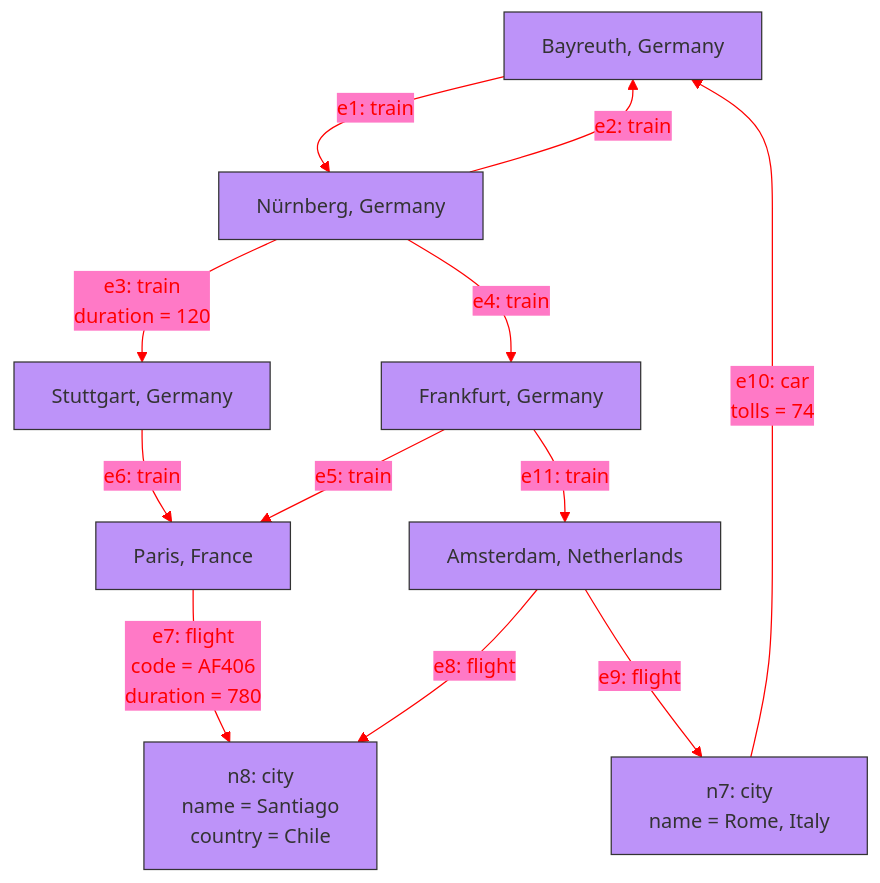
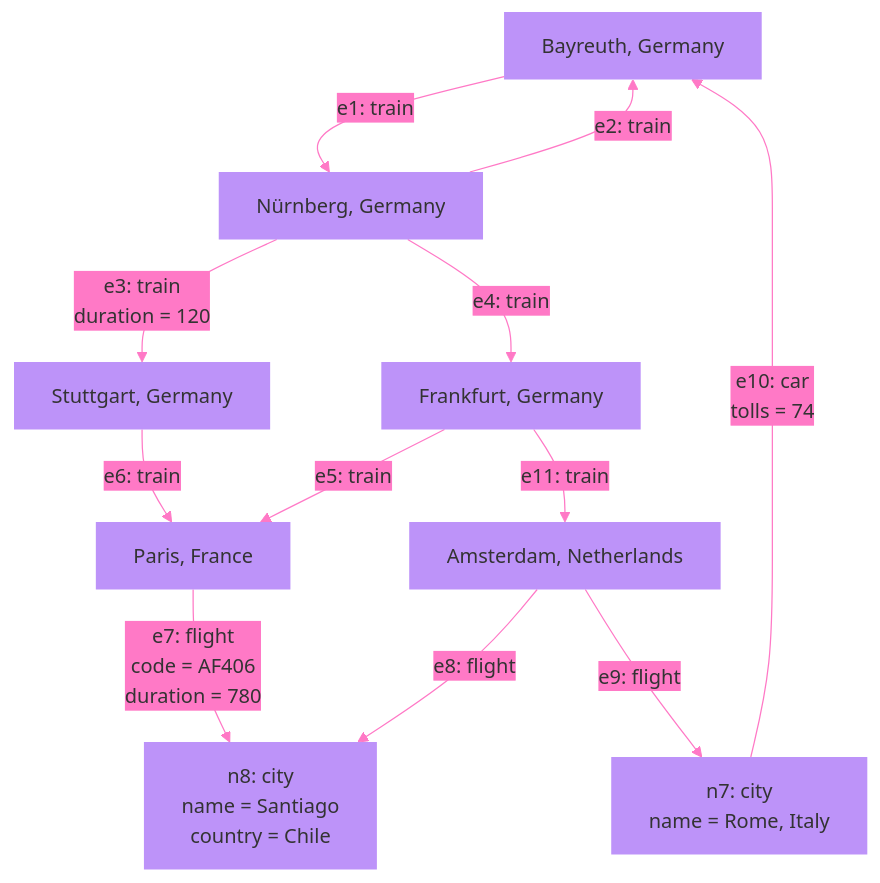
One commit to saqib-ali/docs changed the diagram in docs/querying/for.mdx. Above: the diagram before and after it, drawn with Mermaid.

Commit message:
Documentation edits made through Mintlify web editor

````diff
--- a/docs/querying/for.mdx
+++ b/docs/querying/for.mdx
@@ -5,30 +5,28 @@
 ```mermaid
-%%{init: {'theme':'base', 'themeVariables': { 'primaryColor':'#f9f9f9','primaryTextColor':'#333','primaryBorderColor':'#333','lineColor':'#FF79C6','secondaryColor':'#FF79C6','tertiaryColor':'#fff', 'background':'#282A36'}}}%%
+%%{init: {'theme':'base', 'themeVariables': {'lineColor':'#FF79C6','secondaryColor':'#FF79C6','background':'#282A36'}}}%%
 graph TB
     n1[Bayreuth, Germany]
     n2[Nürnberg, Germany]
     n3[Stuttgart, Germany]
     n4[Frankfurt, Germany]
     n5[Paris, France]
     n6[Amsterdam, Netherlands]
     n7[n7: city<br/>name = Rome, Italy]
     n8[n8: city<br/>name = Santiago<br/>country = Chile]
-    
     n1 -->|e1: train| n2
     n2 -->|e2: train| n1
     n2 -->|e3: train<br/>duration = 120| n3
     n2 -->|e4: train| n4
     n4 -->|e5: train| n5
     n3 -->|e6: train| n5
     n5 -->|e7: flight<br/>code = AF406<br/>duration = 780| n8
     n6 -->|e8: flight| n8
     n6 -->|e9: flight| n7
     n7 -->|e10: car<br/>tolls = 74| n1
     n4 -->|e11: train| n6
 
 
-    classDef cityNode fill:#BD93F9
+    classDef cityNode fill:#BD93F9,stroke-width:0px
     class n1,n2,n3,n4,n5,n6,n7,n8 cityNode
-    linkStyle default stroke:red,color:red
     
 ```
````
